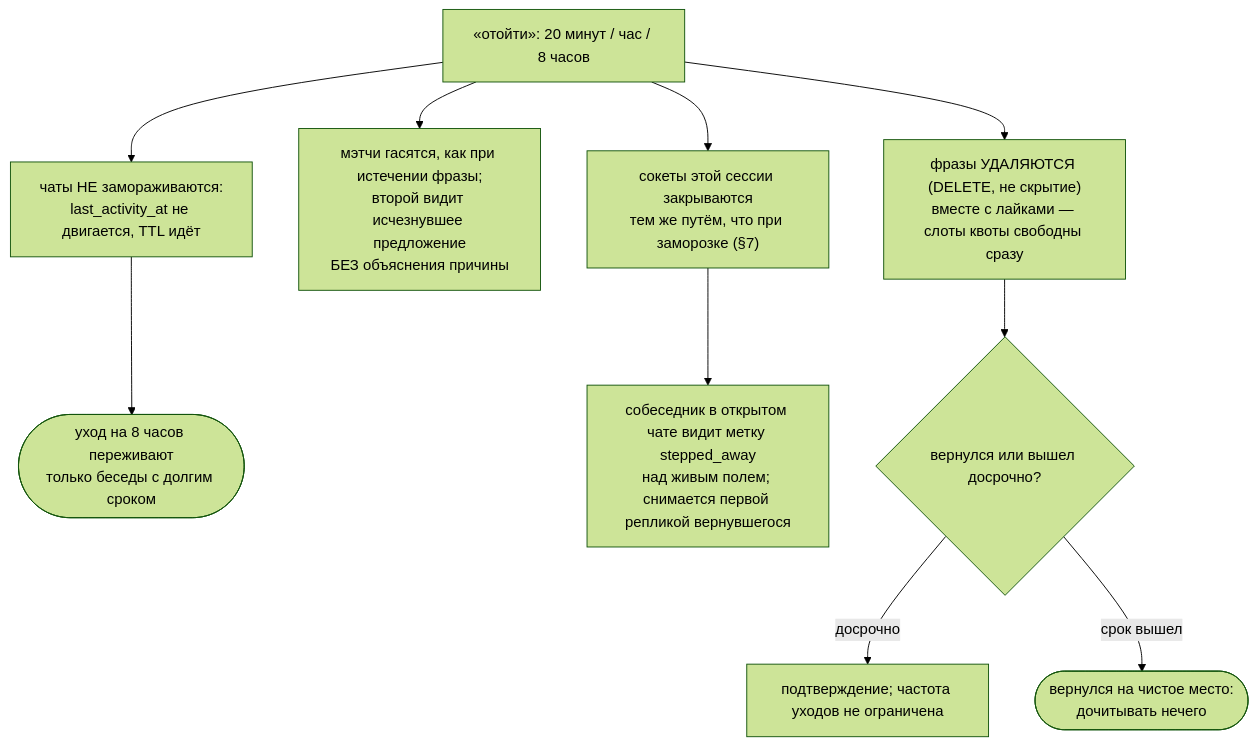
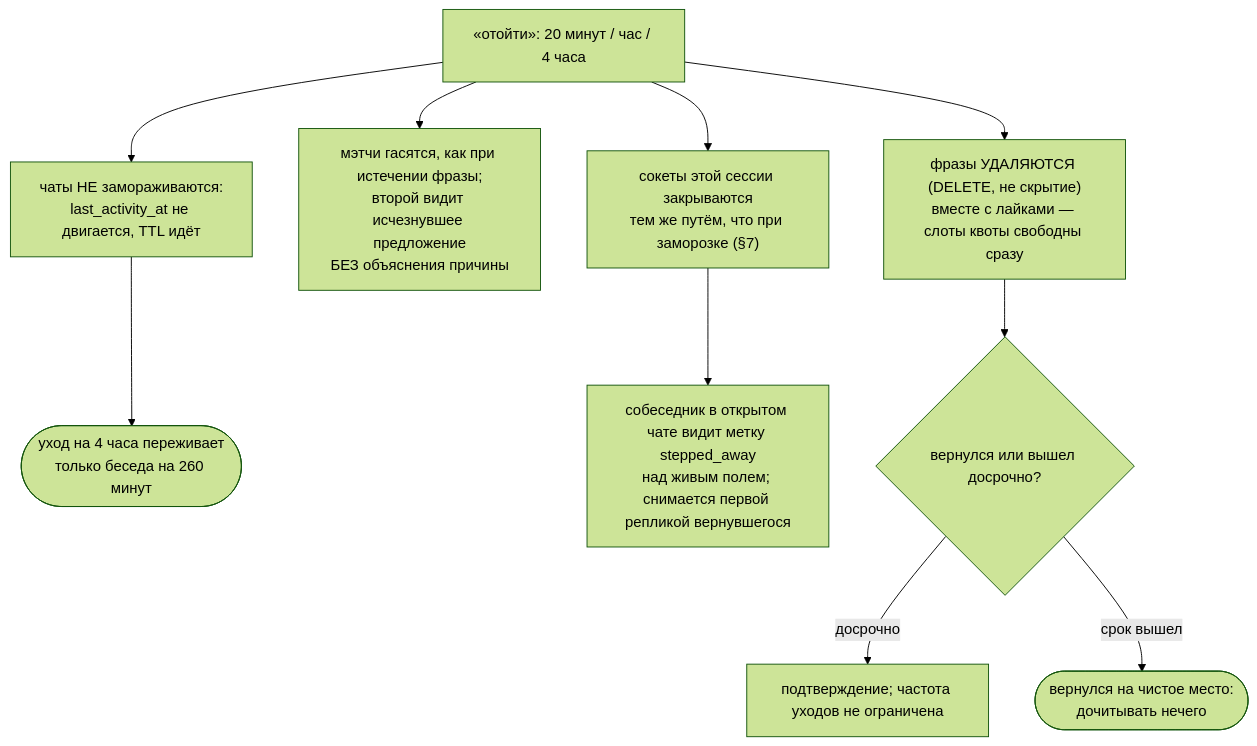
Diagram 30 of 30 in docs/chat-flows_RU.md (panov-id/xor.ad), drawn with Mermaid (forest theme) before and after one commit. The commit also changed other lines of this file and 11 other files, not shown here.

````diff
--- a/docs/chat-flows_RU.md
+++ b/docs/chat-flows_RU.md
@@ -967,12 +967,12 @@
 ```mermaid
 flowchart TD
-  away["«отойти»: 20 минут / час / 8 часов"] --> del["фразы УДАЛЯЮТСЯ #40;DELETE, не скрытие#41;<br/>вместе с лайками — слоты квоты свободны сразу"]
+  away["«отойти»: 20 минут / час / 4 часа"] --> del["фразы УДАЛЯЮТСЯ #40;DELETE, не скрытие#41;<br/>вместе с лайками — слоты квоты свободны сразу"]
   away --> match["мэтчи гасятся, как при истечении фразы;<br/>второй видит исчезнувшее предложение<br/>БЕЗ объяснения причины"]
   away --> sock["сокеты этой сессии закрываются<br/>тем же путём, что при заморозке #40;§7#41;"]
   away --> chats["чаты НЕ замораживаются:<br/>last_activity_at не двигается, TTL идёт"]
-  chats --> price(["уход на 8 часов переживают<br/>только беседы с долгим сроком"])
+  chats --> price(["уход на 4 часа переживает<br/>только беседа на 260 минут"])
   sock --> peer["собеседник в открытом чате видит метку stepped_away<br/>над живым полем; снимается первой репликой вернувшегося"]
   del --> back{"вернулся или вышел досрочно?"}
   back -- "досрочно" --> confirm["подтверждение; частота уходов не ограничена"]
   back -- "срок вышел" --> clean(["вернулся на чистое место:<br/>дочитывать нечего"])
 ```
````
